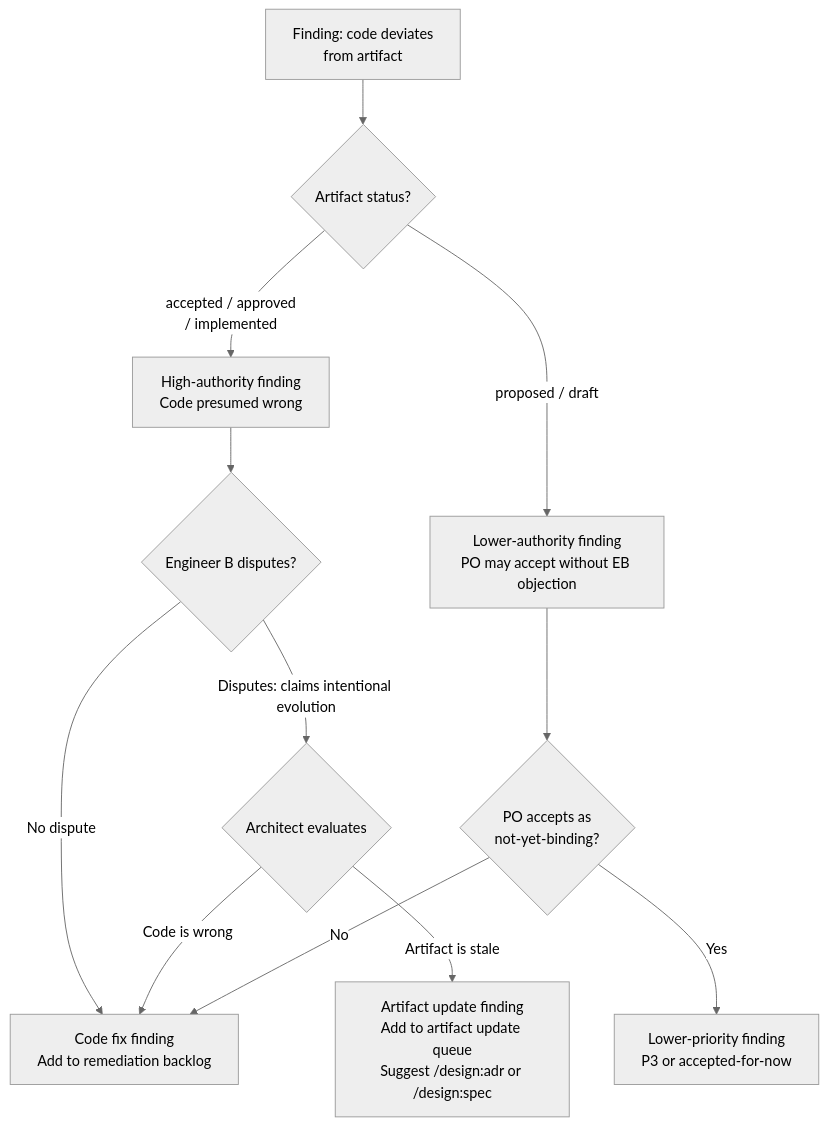
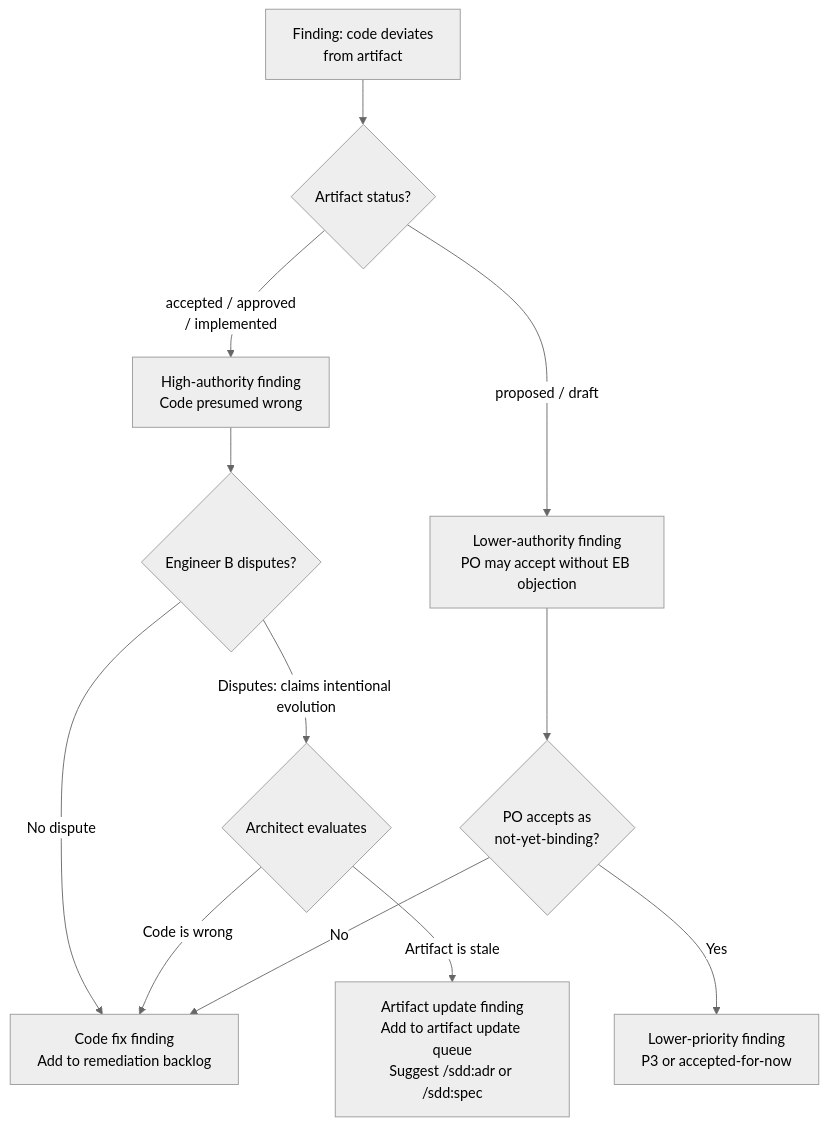
Before and after one commit to joestump/claude-plugin-design: the second of 2 diagrams in docs/openspec/specs/scrum-mode-audit-triage/design.md, drawn with Mermaid (neutral theme). The commit also changed other lines of this file and 106 other files, not shown here.

First line of the commit message:
Rename plugin: design → sdd (Spec-Driven Development) (#75)

````diff
--- a/docs/openspec/specs/scrum-mode-audit-triage/design.md
+++ b/docs/openspec/specs/scrum-mode-audit-triage/design.md
@@ -142,16 +142,16 @@
 ```mermaid
 flowchart TD
     F["Finding: code deviates\nfrom artifact"] --> S{"Artifact status?"}
     S -->|"accepted / approved\n/ implemented"| HIGH["High-authority finding\nCode presumed wrong"]
     S -->|"proposed / draft"| LOW["Lower-authority finding\nPO may accept without EB objection"]
 
     HIGH --> EB{"Engineer B disputes?"}
     EB -->|"No dispute"| CODE["Code fix finding\nAdd to remediation backlog"]
     EB -->|"Disputes: claims intentional evolution"| AR{"Architect evaluates"}
     AR -->|"Code is wrong"| CODE
-    AR -->|"Artifact is stale"| ART["Artifact update finding\nAdd to artifact update queue\nSuggest /design:adr or /design:spec"]
+    AR -->|"Artifact is stale"| ART["Artifact update finding\nAdd to artifact update queue\nSuggest /sdd:adr or /sdd:spec"]
 
     LOW --> PO_DEFER{"PO accepts as\nnot-yet-binding?"}
     PO_DEFER -->|"Yes"| INFO["Lower-priority finding\nP3 or accepted-for-now"]
     PO_DEFER -->|"No"| CODE
 ```
````
